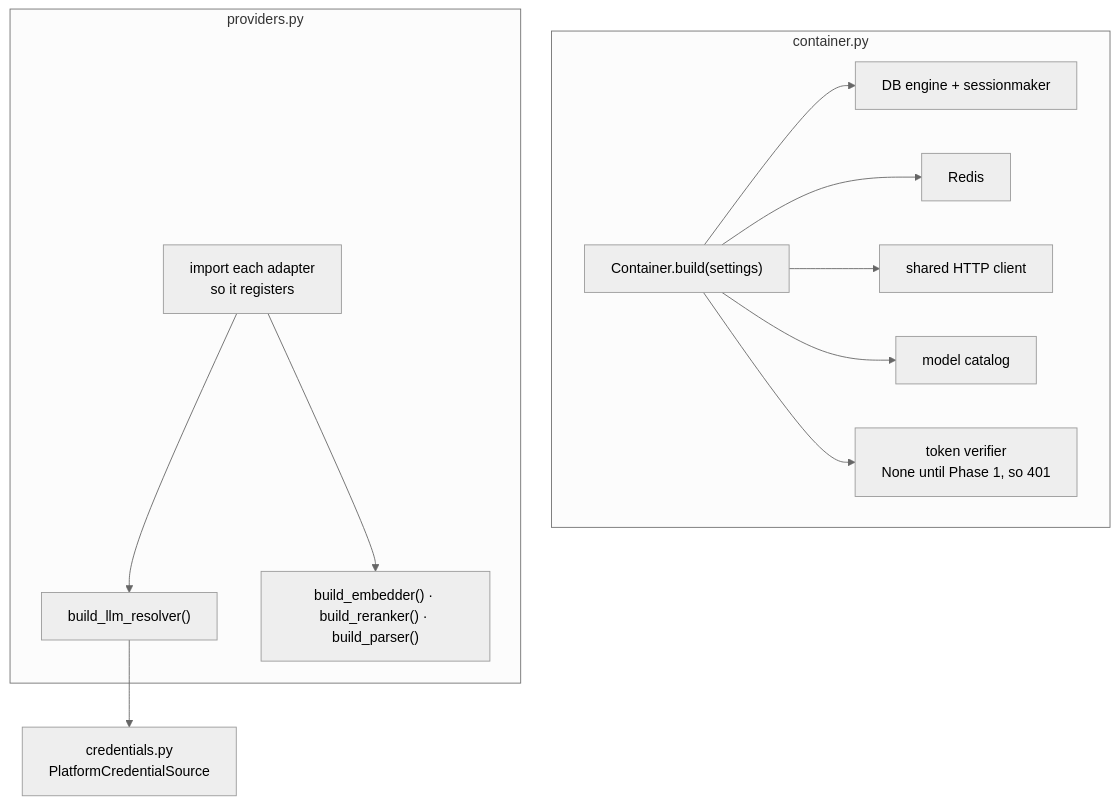
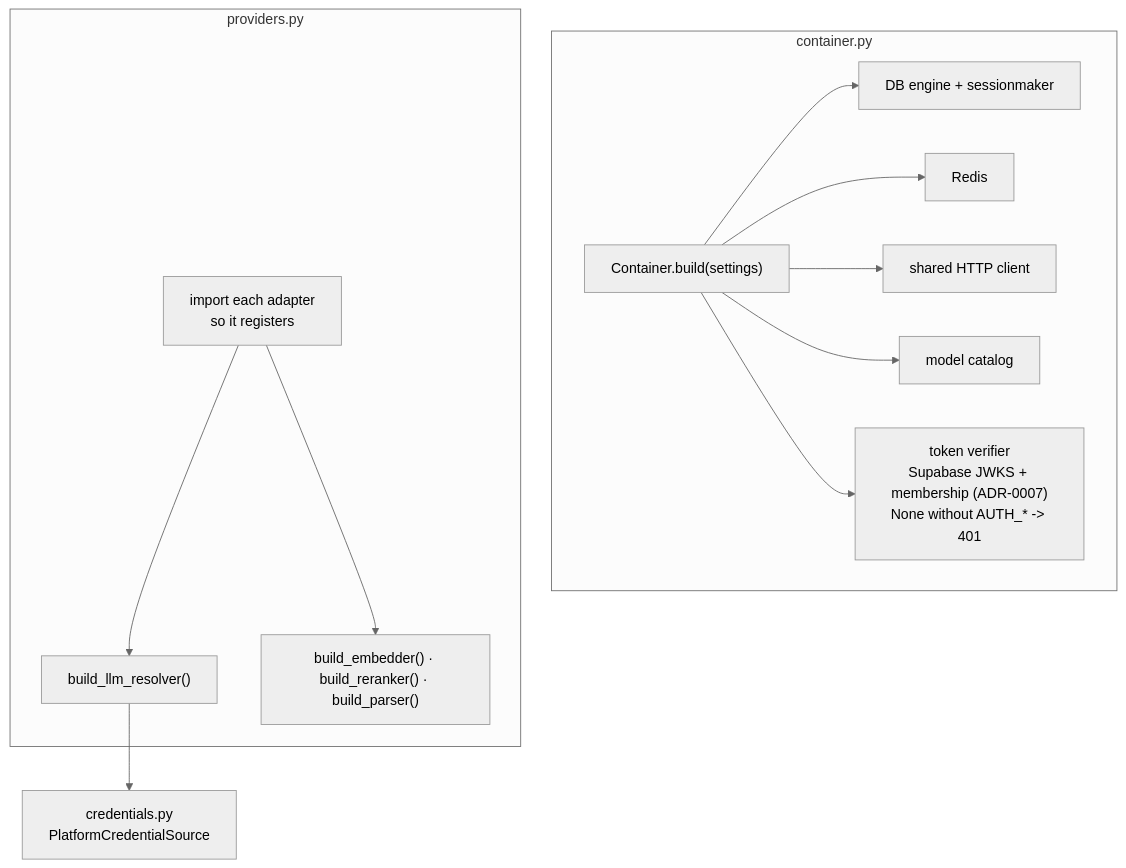
Diagram 13 of 27 in docs/REPO_STRUCTURE.md (md-sahil-analyst22/chatbot-platform), drawn with Mermaid (neutral theme) before and after one commit. The commit also changed other lines of this file and 52 other files, not shown here.

````diff
--- a/docs/REPO_STRUCTURE.md
+++ b/docs/REPO_STRUCTURE.md
@@ -1339,15 +1342,15 @@
 ```mermaid
 flowchart TB
     subgraph CT["container.py"]
         C["Container.build(settings)"] --> E["DB engine + sessionmaker"]
         C --> R["Redis"]
         C --> H["shared HTTP client"]
         C --> MC["model catalog"]
-        C --> V["token verifier<br/>None until Phase 1, so 401"]
+        C --> V["token verifier<br/>Supabase JWKS + membership (ADR-0007)<br/>None without AUTH_* -> 401"]
     end
     subgraph PV["providers.py"]
         I["import each adapter<br/>so it registers"] --> F0["build_llm_resolver()"]
         I --> F2["build_embedder() · build_reranker() · build_parser()"]
     end
     F0 --> PCS["credentials.py<br/>PlatformCredentialSource"]
 ```
````
